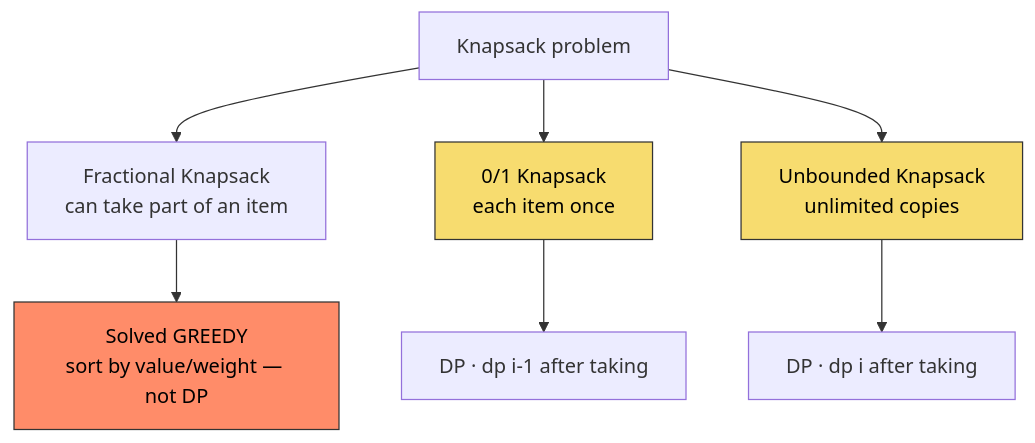
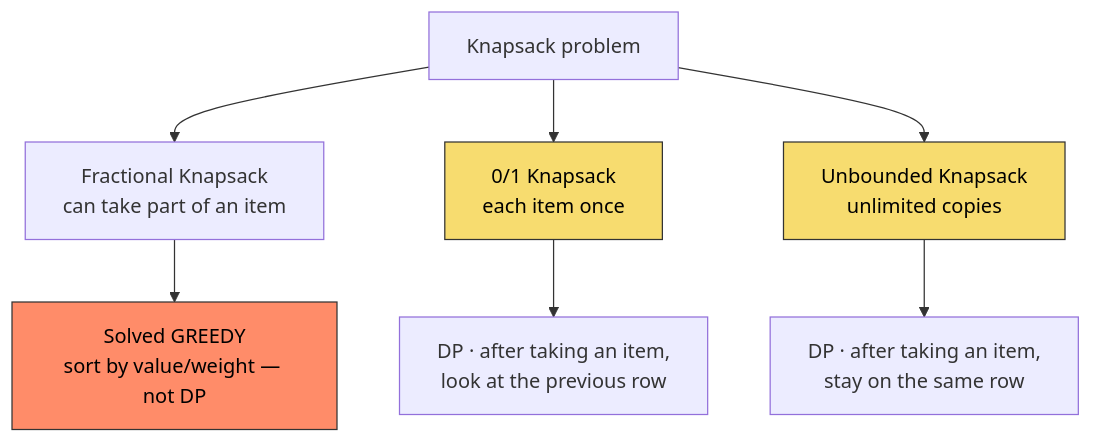
One commit to Hmago/ml4 changed the second of 5 diagrams in content/31c_dynamic_programming.md. Above: the diagram before and after it, drawn with Mermaid. The commit also changed other lines of this file and 123 other files, not shown here.

````diff
--- a/content/31c_dynamic_programming.md
+++ b/content/31c_dynamic_programming.md
@@ -791,12 +1071,12 @@
 ```mermaid
 flowchart TD
     K[Knapsack problem] --> F[Fractional Knapsack<br/>can take part of an item]
     K --> Z[0/1 Knapsack<br/>each item once]
     K --> U[Unbounded Knapsack<br/>unlimited copies]
     F --> FG[Solved GREEDY<br/>sort by value/weight — not DP]
-    Z --> ZD[DP · dp i-1 after taking]
-    U --> UD[DP · dp i after taking]
+    Z --> ZD[DP · after taking an item,<br/>look at the previous row]
+    U --> UD[DP · after taking an item,<br/>stay on the same row]
     style Z fill:#f7dc6f,stroke:#333,color:#000
     style U fill:#f7dc6f,stroke:#333,color:#000
     style FG fill:#ff8c69,stroke:#333,color:#000
 ```
````
